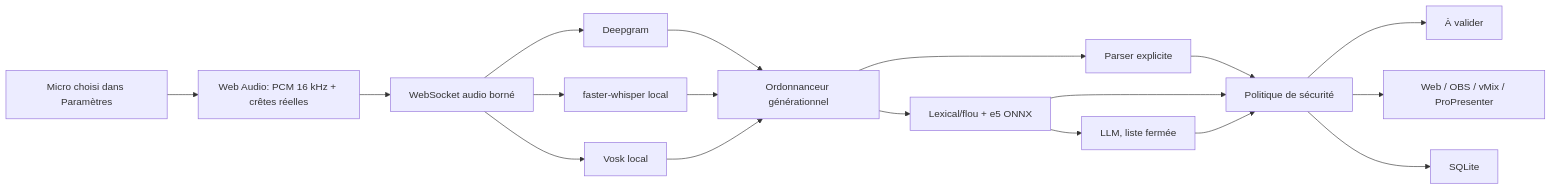
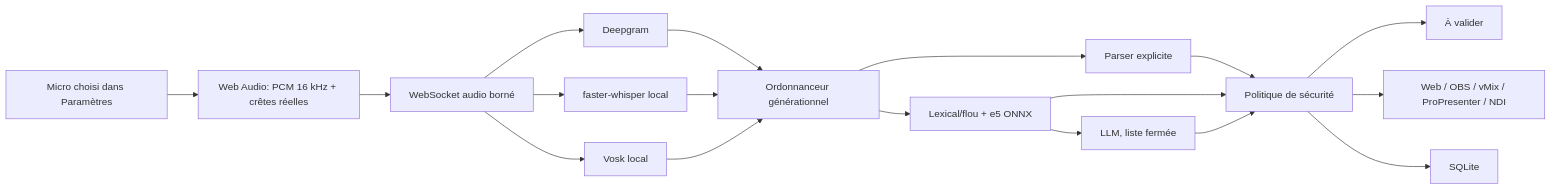
One commit to gafard/VersePro changed the diagram in v2/EXPLICATION_ARCHITECTURE.md. Above: the diagram before and after it, drawn with Mermaid. The commit also changed other lines of this file and 57 other files, not shown here.

````diff
--- a/v2/EXPLICATION_ARCHITECTURE.md
+++ b/v2/EXPLICATION_ARCHITECTURE.md
@@ -11,20 +11,20 @@
 ```mermaid
 flowchart LR
   Mic["Micro choisi dans Paramètres"] --> WebAudio["Web Audio: PCM 16 kHz + crêtes réelles"]
   WebAudio --> AudioWS["WebSocket audio borné"]
   AudioWS --> DG["Deepgram"]
   AudioWS --> Whisper["faster-whisper local"]
   AudioWS --> Vosk["Vosk local"]
   DG --> Scheduler["Ordonnanceur générationnel"]
   Whisper --> Scheduler
   Vosk --> Scheduler
   Scheduler --> Parser["Parser explicite"]
   Scheduler --> Fusion["Lexical/flou + e5 ONNX"]
   Fusion --> ClosedAI["LLM, liste fermée"]
   Parser --> Policy["Politique de sécurité"]
   Fusion --> Policy
   ClosedAI --> Policy
   Policy --> Queue["À valider"]
-  Policy --> Outputs["Web / OBS / vMix / ProPresenter"]
+  Policy --> Outputs["Web / OBS / vMix / ProPresenter / NDI"]
   Policy --> DB["SQLite"]
 ```
````
